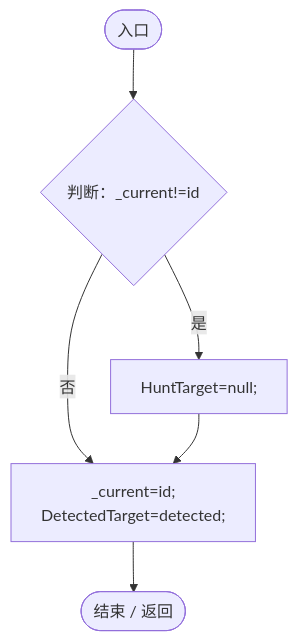
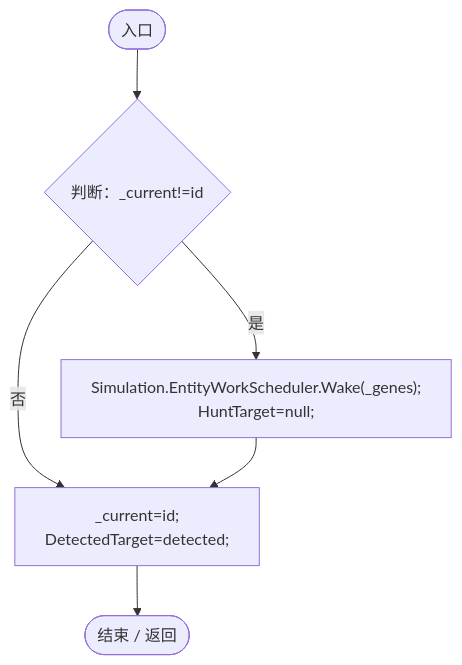
Before and after one commit to xhs6666/Darwin_paradise: diagram 18 of 21 in Docs/运行流程图/脚本/0f8869eb7018091e.md, drawn with Mermaid. The commit also changed other lines of this file and 227 other files, not shown here.

````diff
--- a/Docs/运行流程图/脚本/0f8869eb7018091e.md
+++ b/Docs/运行流程图/脚本/0f8869eb7018091e.md
@@ -555,14 +555,14 @@
 ```mermaid
 flowchart TD
   b0(["入口"])
   b1{"判断：_current!=id"}
-  b2["HuntTarget=null;"]
+  b2["Simulation.EntityWorkScheduler.Wake(_genes);<br/>HuntTarget=null;"]
   b3["_current=id;<br/>DetectedTarget=detected;"]
   b4(["结束 / 返回"])
   b0 --> b1
   b1 -->|"是"| b2
   b1 -->|"否"| b3
   b2 --> b3
   b3 --> b4
 
 ```
````
